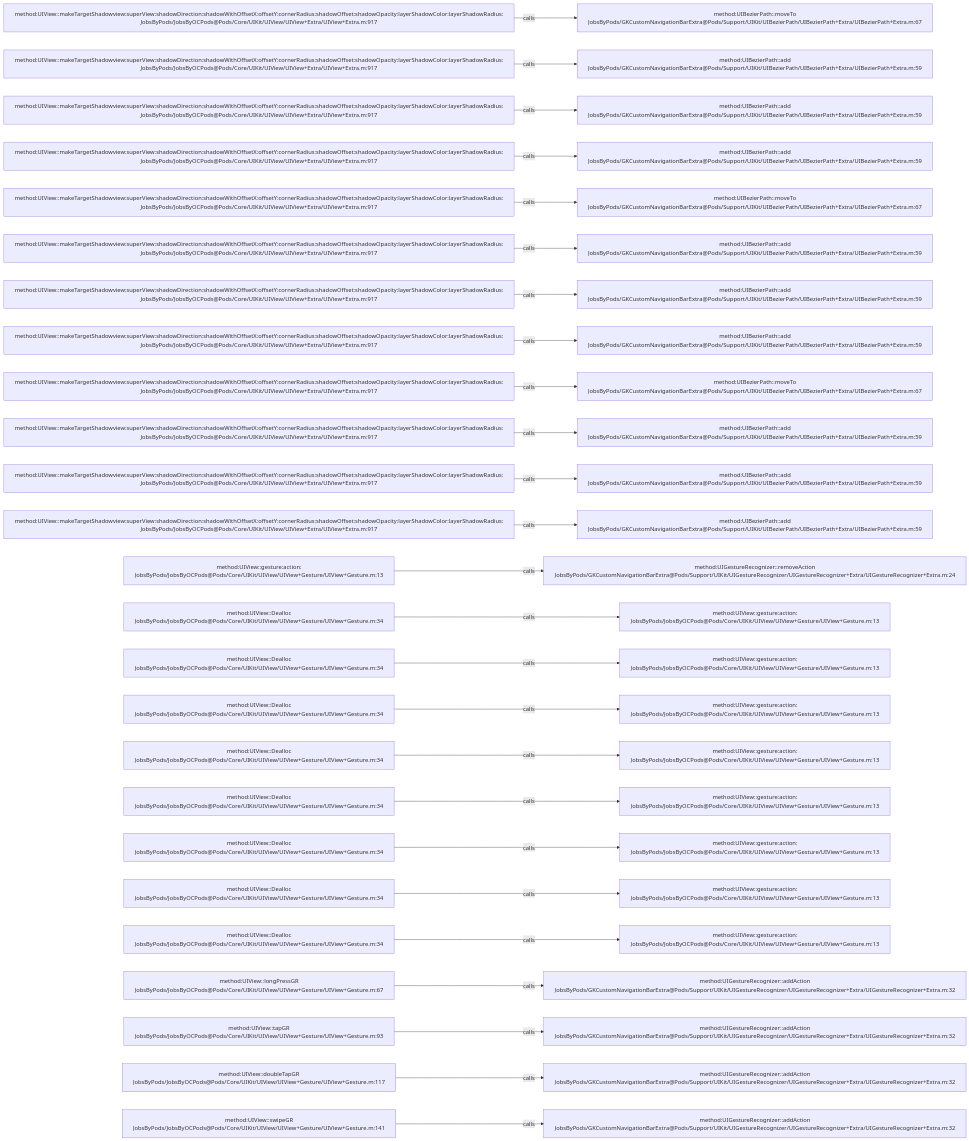
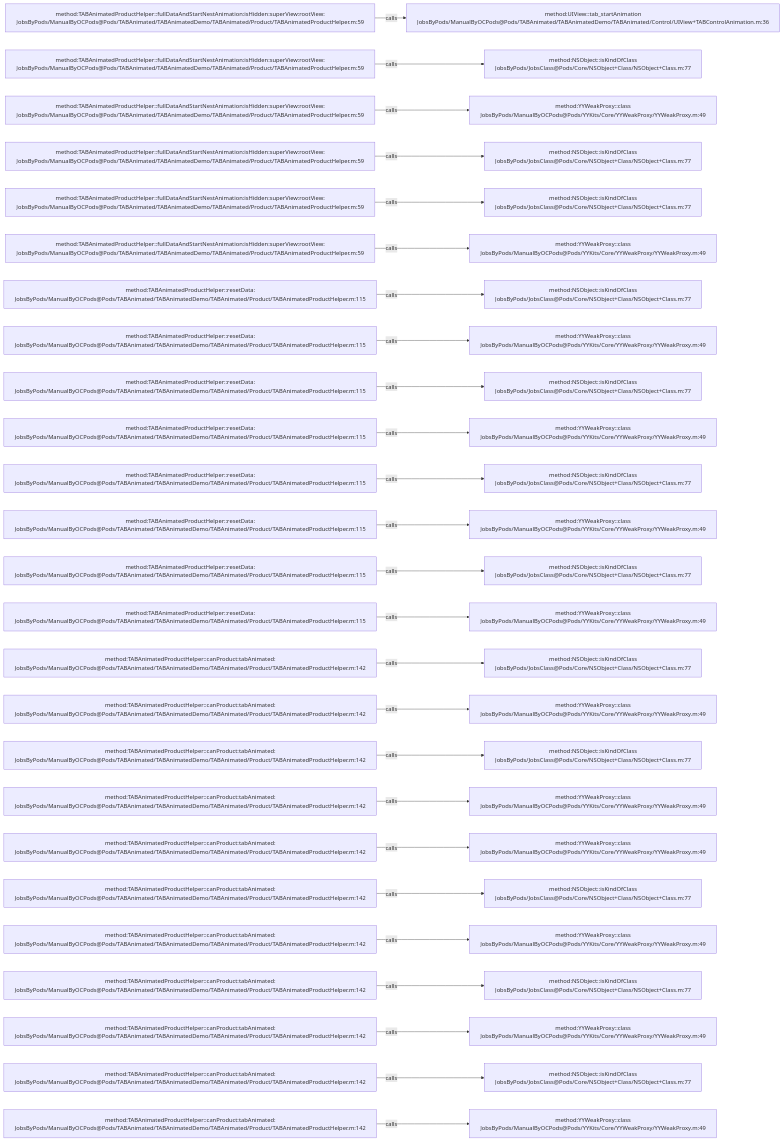
The diagram in .codegraph/codegraph.md/graphs/calls-041.md (JobsKits/JobsOCBaseConfigDemo), drawn with Mermaid before and after one commit. The commit also changed 2162 other files, not shown here.

````diff
--- a/.codegraph/codegraph.md/graphs/calls-041.md
+++ b/.codegraph/codegraph.md/graphs/calls-041.md
@@ -13,78 +13,78 @@
 ```mermaid
 flowchart LR
-  S1["method:UIView::makeTargetShadowview:superView:shadowDirection:shadowWithOffsetX:offsetY:cornerRadius:shadowOffset:shadowOpacity:layerShadowColor:layerShadowRadius:<br/>JobsByPods/JobsByOCPods@Pods/Core/UIKit/UIView/UIView+Extra/UIView+Extra.m:917"]
-  T1["method:UIBezierPath::moveTo<br/>JobsByPods/GKCustomNavigationBarExtra@Pods/Support/UIKit/UIBezierPath/UIBezierPath+Extra/UIBezierPath+Extra.m:67"]
+  S1["method:TABAnimatedProductHelper::fullDataAndStartNestAnimation:isHidden:superView:rootView:<br/>JobsByPods/ManualByOCPods@Pods/TABAnimated/TABAnimatedDemo/TABAnimated/Product/TABAnimatedProductHelper.m:59"]
+  T1["method:UIView::tab_startAnimation<br/>JobsByPods/ManualByOCPods@Pods/TABAnimated/TABAnimatedDemo/TABAnimated/Control/UIView+TABControlAnimation.m:36"]
   S1 -->|calls| T1
-  S2["method:UIView::makeTargetShadowview:superView:shadowDirection:shadowWithOffsetX:offsetY:cornerRadius:shadowOffset:shadowOpacity:layerShadowColor:layerShadowRadius:<br/>JobsByPods/JobsByOCPods@Pods/Core/UIKit/UIView/UIView+Extra/UIView+Extra.m:917"]
-  T2["method:UIBezierPath::add<br/>JobsByPods/GKCustomNavigationBarExtra@Pods/Support/UIKit/UIBezierPath/UIBezierPath+Extra/UIBezierPath+Extra.m:59"]
+  S2["method:TABAnimatedProductHelper::fullDataAndStartNestAnimation:isHidden:superView:rootView:<br/>JobsByPods/ManualByOCPods@Pods/TABAnimated/TABAnimatedDemo/TABAnimated/Product/TABAnimatedProductHelper.m:59"]
+  T2["method:NSObject::isKindOfClass<br/>JobsByPods/JobsClass@Pods/Core/NSObject+Class/NSObject+Class.m:77"]
   S2 -->|calls| T2
-  S3["method:UIView::makeTargetShadowview:superView:shadowDirection:shadowWithOffsetX:offsetY:cornerRadius:shadowOffset:shadowOpacity:layerShadowColor:layerShadowRadius:<br/>JobsByPods/JobsByOCPods@Pods/Core/UIKit/UIView/UIView+Extra/UIView+Extra.m:917"]
-  T3["method:UIBezierPath::add<br/>JobsByPods/GKCustomNavigationBarExtra@Pods/Support/UIKit/UIBezierPath/UIBezierPath+Extra/UIBezierPath+Extra.m:59"]
+  S3["method:TABAnimatedProductHelper::fullDataAndStartNestAnimation:isHidden:superView:rootView:<br/>JobsByPods/ManualByOCPods@Pods/TABAnimated/TABAnimatedDemo/TABAnimated/Product/TABAnimatedProductHelper.m:59"]
+  T3["method:YYWeakProxy::class<br/>JobsByPods/ManualByOCPods@Pods/YYKits/Core/YYWeakProxy/YYWeakProxy.m:49"]
   S3 -->|calls| T3
-  S4["method:UIView::makeTargetShadowview:superView:shadowDirection:shadowWithOffsetX:offsetY:cornerRadius:shadowOffset:shadowOpacity:layerShadowColor:layerShadowRadius:<br/>JobsByPods/JobsByOCPods@Pods/Core/UIKit/UIView/UIView+Extra/UIView+Extra.m:917"]
-  T4["method:UIBezierPath::add<br/>JobsByPods/GKCustomNavigationBarExtra@Pods/Support/UIKit/UIBezierPath/UIBezierPath+Extra/UIBezierPath+Extra.m:59"]
+  S4["method:TABAnimatedProductHelper::fullDataAndStartNestAnimation:isHidden:superView:rootView:<br/>JobsByPods/ManualByOCPods@Pods/TABAnimated/TABAnimatedDemo/TABAnimated/Product/TABAnimatedProductHelper.m:59"]
+  T4["method:NSObject::isKindOfClass<br/>JobsByPods/JobsClass@Pods/Core/NSObject+Class/NSObject+Class.m:77"]
   S4 -->|calls| T4
-  S5["method:UIView::makeTargetShadowview:superView:shadowDirection:shadowWithOffsetX:offsetY:cornerRadius:shadowOffset:shadowOpacity:layerShadowColor:layerShadowRadius:<br/>JobsByPods/JobsByOCPods@Pods/Core/UIKit/UIView/UIView+Extra/UIView+Extra.m:917"]
-  T5["method:UIBezierPath::moveTo<br/>JobsByPods/GKCustomNavigationBarExtra@Pods/Support/UIKit/UIBezierPath/UIBezierPath+Extra/UIBezierPath+Extra.m:67"]
+  S5["method:TABAnimatedProductHelper::fullDataAndStartNestAnimation:isHidden:superView:rootView:<br/>JobsByPods/ManualByOCPods@Pods/TABAnimated/TABAnimatedDemo/TABAnimated/Product/TABAnimatedProductHelper.m:59"]
+  T5["method:NSObject::isKindOfClass<br/>JobsByPods/JobsClass@Pods/Core/NSObject+Class/NSObject+Class.m:77"]
   S5 -->|calls| T5
-  S6["method:UIView::makeTargetShadowview:superView:shadowDirection:shadowWithOffsetX:offsetY:cornerRadius:shadowOffset:shadowOpacity:layerShadowColor:layerShadowRadius:<br/>JobsByPods/JobsByOCPods@Pods/Core/UIKit/UIView/UIView+Extra/UIView+Extra.m:917"]
-  T6["method:UIBezierPath::add<br/>JobsByPods/GKCustomNavigationBarExtra@Pods/Support/UIKit/UIBezierPath/UIBezierPath+Extra/UIBezierPath+Extra.m:59"]
+  S6["method:TABAnimatedProductHelper::fullDataAndStartNestAnimation:isHidden:superView:rootView:<br/>JobsByPods/ManualByOCPods@Pods/TABAnimated/TABAnimatedDemo/TABAnimated/Product/TABAnimatedProductHelper.m:59"]
+  T6["method:YYWeakProxy::class<br/>JobsByPods/ManualByOCPods@Pods/YYKits/Core/YYWeakProxy/YYWeakProxy.m:49"]
   S6 -->|calls| T6
-  S7["method:UIView::makeTargetShadowview:superView:shadowDirection:shadowWithOffsetX:offsetY:cornerRadius:shadowOffset:shadowOpacity:layerShadowColor:layerShadowRadius:<br/>JobsByPods/JobsByOCPods@Pods/Core/UIKit/UIView/UIView+Extra/UIView+Extra.m:917"]
-  T7["method:UIBezierPath::add<br/>JobsByPods/GKCustomNavigationBarExtra@Pods/Support/UIKit/UIBezierPath/UIBezierPath+Extra/UIBezierPath+Extra.m:59"]
+  S7["method:TABAnimatedProductHelper::resetData:<br/>JobsByPods/ManualByOCPods@Pods/TABAnimated/TABAnimatedDemo/TABAnimated/Product/TABAnimatedProductHelper.m:115"]
+  T7["method:NSObject::isKindOfClass<br/>JobsByPods/JobsClass@Pods/Core/NSObject+Class/NSObject+Class.m:77"]
   S7 -->|calls| T7
-  S8["method:UIView::makeTargetShadowview:superView:shadowDirection:shadowWithOffsetX:offsetY:cornerRadius:shadowOffset:shadowOpacity:layerShadowColor:layerShadowRadius:<br/>JobsByPods/JobsByOCPods@Pods/Core/UIKit/UIView/UIView+Extra/UIView+Extra.m:917"]
-  T8["method:UIBezierPath::add<br/>JobsByPods/GKCustomNavigationBarExtra@Pods/Support/UIKit/UIBezierPath/UIBezierPath+Extra/UIBezierPath+Extra.m:59"]
+  S8["method:TABAnimatedProductHelper::resetData:<br/>JobsByPods/ManualByOCPods@Pods/TABAnimated/TABAnimatedDemo/TABAnimated/Product/TABAnimatedProductHelper.m:115"]
+  T8["method:YYWeakProxy::class<br/>JobsByPods/ManualByOCPods@Pods/YYKits/Core/YYWeakProxy/YYWeakProxy.m:49"]
   S8 -->|calls| T8
-  S9["method:UIView::makeTargetShadowview:superView:shadowDirection:shadowWithOffsetX:offsetY:cornerRadius:shadowOffset:shadowOpacity:layerShadowColor:layerShadowRadius:<br/>JobsByPods/JobsByOCPods@Pods/Core/UIKit/UIView/UIView+Extra/UIView+Extra.m:917"]
-  T9["method:UIBezierPath::moveTo<br/>JobsByPods/GKCustomNavigationBarExtra@Pods/Support/UIKit/UIBezierPath/UIBezierPath+Extra/UIBezierPath+Extra.m:67"]
+  S9["method:TABAnimatedProductHelper::resetData:<br/>JobsByPods/ManualByOCPods@Pods/TABAnimated/TABAnimatedDemo/TABAnimated/Product/TABAnimatedProductHelper.m:115"]
+  T9["method:NSObject::isKindOfClass<br/>JobsByPods/JobsClass@Pods/Core/NSObject+Class/NSObject+Class.m:77"]
   S9 -->|calls| T9
-  S10["method:UIView::makeTargetShadowview:superView:shadowDirection:shadowWithOffsetX:offsetY:cornerRadius:shadowOffset:shadowOpacity:layerShadowColor:layerShadowRadius:<br/>JobsByPods/JobsByOCPods@Pods/Core/UIKit/UIView/UIView+Extra/UIView+Extra.m:917"]
-  T10["method:UIBezierPath::add<br/>JobsByPods/GKCustomNavigationBarExtra@Pods/Support/UIKit/UIBezierPath/UIBezierPath+Extra/UIBezierPath+Extra.m:59"]
+  S10["method:TABAnimatedProductHelper::resetData:<br/>JobsByPods/ManualByOCPods@Pods/TABAnimated/TABAnimatedDemo/TABAnimated/Product/TABAnimatedProductHelper.m:115"]
+  T10["method:YYWeakProxy::class<br/>JobsByPods/ManualByOCPods@Pods/YYKits/Core/YYWeakProxy/YYWeakProxy.m:49"]
   S10 -->|calls| T10
-  S11["method:UIView::makeTargetShadowview:superView:shadowDirection:shadowWithOffsetX:offsetY:cornerRadius:shadowOffset:shadowOpacity:layerShadowColor:layerShadowRadius:<br/>JobsByPods/JobsByOCPods@Pods/Core/UIKit/UIView/UIView+Extra/UIView+Extra.m:917"]
-  T11["method:UIBezierPath::add<br/>JobsByPods/GKCustomNavigationBarExtra@Pods/Support/UIKit/UIBezierPath/UIBezierPath+Extra/UIBezierPath+Extra.m:59"]
+  S11["method:TABAnimatedProductHelper::resetData:<br/>JobsByPods/ManualByOCPods@Pods/TABAnimated/TABAnimatedDemo/TABAnimated/Product/TABAnimatedProductHelper.m:115"]
+  T11["method:NSObject::isKindOfClass<br/>JobsByPods/JobsClass@Pods/Core/NSObject+Class/NSObject+Class.m:77"]
   S11 -->|calls| T11
-  S12["method:UIView::makeTargetShadowview:superView:shadowDirection:shadowWithOffsetX:offsetY:cornerRadius:shadowOffset:shadowOpacity:layerShadowColor:layerShadowRadius:<br/>JobsByPods/JobsByOCPods@Pods/Core/UIKit/UIView/UIView+Extra/UIView+Extra.m:917"]
-  T12["method:UIBezierPath::add<br/>JobsByPods/GKCustomNavigationBarExtra@Pods/Support/UIKit/UIBezierPath/UIBezierPath+Extra/UIBezierPath+Extra.m:59"]
+  S12["method:TABAnimatedProductHelper::resetData:<br/>JobsByPods/ManualByOCPods@Pods/TABAnimated/TABAnimatedDemo/TABAnimated/Product/TABAnimatedProductHelper.m:115"]
+  T12["method:YYWeakProxy::class<br/>JobsByPods/ManualByOCPods@Pods/YYKits/Core/YYWeakProxy/YYWeakProxy.m:49"]
   S12 -->|calls| T12
-  S13["method:UIView::gesture:action:<br/>JobsByPods/JobsByOCPods@Pods/Core/UIKit/UIView/UIView+Gesture/UIView+Gesture.m:13"]
-  T13["method:UIGestureRecognizer::removeAction<br/>JobsByPods/GKCustomNavigationBarExtra@Pods/Support/UIKit/UIGestureRecognizer/UIGestureRecognizer+Extra/UIGestureRecognizer+Extra.m:24"]
+  S13["method:TABAnimatedProductHelper::resetData:<br/>JobsByPods/ManualByOCPods@Pods/TABAnimated/TABAnimatedDemo/TABAnimated/Product/TABAnimatedProductHelper.m:115"]
+  T13["method:NSObject::isKindOfClass<br/>JobsByPods/JobsClass@Pods/Core/NSObject+Class/NSObject+Class.m:77"]
   S13 -->|calls| T13
-  S14["method:UIView::Dealloc<br/>JobsByPods/JobsByOCPods@Pods/Core/UIKit/UIView/UIView+Gesture/UIView+Gesture.m:34"]
-  T14["method:UIView::gesture:action:<br/>JobsByPods/JobsByOCPods@Pods/Core/UIKit/UIView/UIView+Gesture/UIView+Gesture.m:13"]
+  S14["method:TABAnimatedProductHelper::resetData:<br/>JobsByPods/ManualByOCPods@Pods/TABAnimated/TABAnimatedDemo/TABAnimated/Product/TABAnimatedProductHelper.m:115"]
+  T14["method:YYWeakProxy::class<br/>JobsByPods/ManualByOCPods@Pods/YYKits/Core/YYWeakProxy/YYWeakProxy.m:49"]
   S14 -->|calls| T14
-  S15["method:UIView::Dealloc<br/>JobsByPods/JobsByOCPods@Pods/Core/UIKit/UIView/UIView+Gesture/UIView+Gesture.m:34"]
-  T15["method:UIView::gesture:action:<br/>JobsByPods/JobsByOCPods@Pods/Core/UIKit/UIView/UIView+Gesture/UIView+Gesture.m:13"]
+  S15["method:TABAnimatedProductHelper::canProduct:tabAnimated:<br/>JobsByPods/ManualByOCPods@Pods/TABAnimated/TABAnimatedDemo/TABAnimated/Product/TABAnimatedProductHelper.m:142"]
+  T15["method:NSObject::isKindOfClass<br/>JobsByPods/JobsClass@Pods/Core/NSObject+Class/NSObject+Class.m:77"]
   S15 -->|calls| T15
-  S16["method:UIView::Dealloc<br/>JobsByPods/JobsByOCPods@Pods/Core/UIKit/UIView/UIView+Gesture/UIView+Gesture.m:34"]
-  T16["method:UIView::gesture:action:<br/>JobsByPods/JobsByOCPods@Pods/Core/UIKit/UIView/UIView+Gesture/UIView+Gesture.m:13"]
+  S16["method:TABAnimatedProductHelper::canProduct:tabAnimated:<br/>JobsByPods/ManualByOCPods@Pods/TABAnimated/TABAnimatedDemo/TABAnimated/Product/TABAnimatedProductHelper.m:142"]
+  T16["method:YYWeakProxy::class<br/>JobsByPods/ManualByOCPods@Pods/YYKits/Core/YYWeakProxy/YYWeakProxy.m:49"]
   S16 -->|calls| T16
-  S17["method:UIView::Dealloc<br/>JobsByPods/JobsByOCPods@Pods/Core/UIKit/UIView/UIView+Gesture/UIView+Gesture.m:34"]
-  T17["method:UIView::gesture:action:<br/>JobsByPods/JobsByOCPods@Pods/Core/UIKit/UIView/UIView+Gesture/UIView+Gesture.m:13"]
+  S17["method:TABAnimatedProductHelper::canProduct:tabAnimated:<br/>JobsByPods/ManualByOCPods@Pods/TABAnimated/TABAnimatedDemo/TABAnimated/Product/TABAnimatedProductHelper.m:142"]
+  T17["method:NSObject::isKindOfClass<br/>JobsByPods/JobsClass@Pods/Core/NSObject+Class/NSObject+Class.m:77"]
   S17 -->|calls| T17
-  S18["method:UIView::Dealloc<br/>JobsByPods/JobsByOCPods@Pods/Core/UIKit/UIView/UIView+Gesture/UIView+Gesture.m:34"]
-  T18["method:UIView::gesture:action:<br/>JobsByPods/JobsByOCPods@Pods/Core/UIKit/UIView/UIView+Gesture/UIView+Gesture.m:13"]
+  S18["method:TABAnimatedProductHelper::canProduct:tabAnimated:<br/>JobsByPods/ManualByOCPods@Pods/TABAnimated/TABAnimatedDemo/TABAnimated/Product/TABAnimatedProductHelper.m:142"]
+  T18["method:YYWeakProxy::class<br/>JobsByPods/ManualByOCPods@Pods/YYKits/Core/YYWeakProxy/YYWeakProxy.m:49"]
   S18 -->|calls| T18
-  S19["method:UIView::Dealloc<br/>JobsByPods/JobsByOCPods@Pods/Core/UIKit/UIView/UIView+Gesture/UIView+Gesture.m:34"]
-  T19["method:UIView::gesture:action:<br/>JobsByPods/JobsByOCPods@Pods/Core/UIKit/UIView/UIView+Gesture/UIView+Gesture.m:13"]
+  S19["method:TABAnimatedProductHelper::canProduct:tabAnimated:<br/>JobsByPods/ManualByOCPods@Pods/TABAnimated/TABAnimatedDemo/TABAnimated/Product/TABAnimatedProductHelper.m:142"]
+  T19["method:YYWeakProxy::class<br/>JobsByPods/ManualByOCPods@Pods/YYKits/Core/YYWeakProxy/YYWeakProxy.m:49"]
   S19 -->|calls| T19
-  S20["method:UIView::Dealloc<br/>JobsByPods/JobsByOCPods@Pods/Core/UIKit/UIView/UIView+Gesture/UIView+Gesture.m:34"]
-  T20["method:UIView::gesture:action:<br/>JobsByPods/JobsByOCPods@Pods/Core/UIKit/UIView/UIView+Gesture/UIView+Gesture.m:13"]
+  S20["method:TABAnimatedProductHelper::canProduct:tabAnimated:<br/>JobsByPods/ManualByOCPods@Pods/TABAnimated/TABAnimatedDemo/TABAnimated/Product/TABAnimatedProductHelper.m:142"]
+  T20["method:NSObject::isKindOfClass<br/>JobsByPods/JobsClass@Pods/Core/NSObject+Class/NSObject+Class.m:77"]
   S20 -->|calls| T20
-  S21["method:UIView::Dealloc<br/>JobsByPods/JobsByOCPods@Pods/Core/UIKit/UIView/UIView+Gesture/UIView+Gesture.m:34"]
-  T21["method:UIView::gesture:action:<br/>JobsByPods/JobsByOCPods@Pods/Core/UIKit/UIView/UIView+Gesture/UIView+Gesture.m:13"]
+  S21["method:TABAnimatedProductHelper::canProduct:tabAnimated:<br/>JobsByPods/ManualByOCPods@Pods/TABAnimated/TABAnimatedDemo/TABAnimated/Product/TABAnimatedProductHelper.m:142"]
+  T21["method:YYWeakProxy::class<br/>JobsByPods/ManualByOCPods@Pods/YYKits/Core/YYWeakProxy/YYWeakProxy.m:49"]
   S21 -->|calls| T21
-  S22["method:UIView::longPressGR<br/>JobsByPods/JobsByOCPods@Pods/Core/UIKit/UIView/UIView+Gesture/UIView+Gesture.m:67"]
-  T22["method:UIGestureRecognizer::addAction<br/>JobsByPods/GKCustomNavigationBarExtra@Pods/Support/UIKit/UIGestureRecognizer/UIGestureRecognizer+Extra/UIGestureRecognizer+Extra.m:32"]
+  S22["method:TABAnimatedProductHelper::canProduct:tabAnimated:<br/>JobsByPods/ManualByOCPods@Pods/TABAnimated/TABAnimatedDemo/TABAnimated/Product/TABAnimatedProductHelper.m:142"]
+  T22["method:NSObject::isKindOfClass<br/>JobsByPods/JobsClass@Pods/Core/NSObject+Class/NSObject+Class.m:77"]
   S22 -->|calls| T22
-  S23["method:UIView::tapGR<br/>JobsByPods/JobsByOCPods@Pods/Core/UIKit/UIView/UIView+Gesture/UIView+Gesture.m:93"]
-  T23["method:UIGestureRecognizer::addAction<br/>JobsByPods/GKCustomNavigationBarExtra@Pods/Support/UIKit/UIGestureRecognizer/UIGestureRecognizer+Extra/UIGestureRecognizer+Extra.m:32"]
+  S23["method:TABAnimatedProductHelper::canProduct:tabAnimated:<br/>JobsByPods/ManualByOCPods@Pods/TABAnimated/TABAnimatedDemo/TABAnimated/Product/TABAnimatedProductHelper.m:142"]
+  T23["method:YYWeakProxy::class<br/>JobsByPods/ManualByOCPods@Pods/YYKits/Core/YYWeakProxy/YYWeakProxy.m:49"]
   S23 -->|calls| T23
-  S24["method:UIView::doubleTapGR<br/>JobsByPods/JobsByOCPods@Pods/Core/UIKit/UIView/UIView+Gesture/UIView+Gesture.m:117"]
-  T24["method:UIGestureRecognizer::addAction<br/>JobsByPods/GKCustomNavigationBarExtra@Pods/Support/UIKit/UIGestureRecognizer/UIGestureRecognizer+Extra/UIGestureRecognizer+Extra.m:32"]
+  S24["method:TABAnimatedProductHelper::canProduct:tabAnimated:<br/>JobsByPods/ManualByOCPods@Pods/TABAnimated/TABAnimatedDemo/TABAnimated/Product/TABAnimatedProductHelper.m:142"]
+  T24["method:NSObject::isKindOfClass<br/>JobsByPods/JobsClass@Pods/Core/NSObject+Class/NSObject+Class.m:77"]
   S24 -->|calls| T24
-  S25["method:UIView::swipeGR<br/>JobsByPods/JobsByOCPods@Pods/Core/UIKit/UIView/UIView+Gesture/UIView+Gesture.m:141"]
-  T25["method:UIGestureRecognizer::addAction<br/>JobsByPods/GKCustomNavigationBarExtra@Pods/Support/UIKit/UIGestureRecognizer/UIGestureRecognizer+Extra/UIGestureRecognizer+Extra.m:32"]
+  S25["method:TABAnimatedProductHelper::canProduct:tabAnimated:<br/>JobsByPods/ManualByOCPods@Pods/TABAnimated/TABAnimatedDemo/TABAnimated/Product/TABAnimatedProductHelper.m:142"]
+  T25["method:YYWeakProxy::class<br/>JobsByPods/ManualByOCPods@Pods/YYKits/Core/YYWeakProxy/YYWeakProxy.m:49"]
   S25 -->|calls| T25
 ```
````
